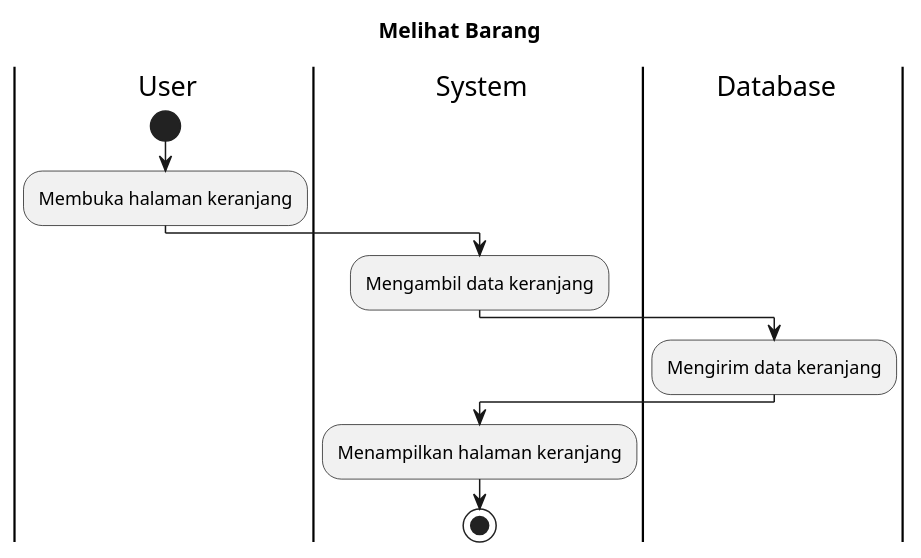
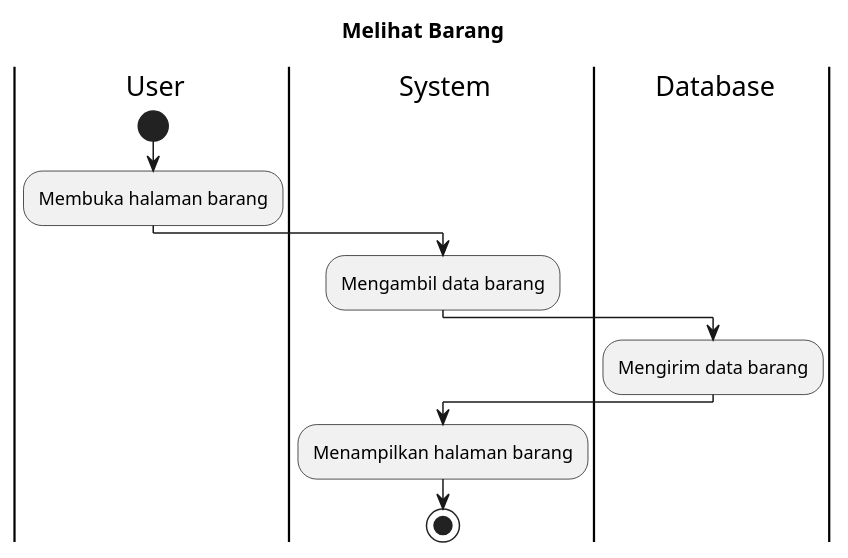
The diagram in docs/activity/02.01.melihat-barang.puml (Uskrai/pabw-6), drawn with PlantUML before and after one commit.

```diff
--- a/docs/activity/02.01.melihat-barang.puml
+++ b/docs/activity/02.01.melihat-barang.puml
@@ -1,16 +1,16 @@
 @startuml
 title Melihat Barang
 |U| User
 |S| System
 |D| Database
 |U|
 start
-:Membuka halaman keranjang;
+:Membuka halaman barang;
 |S|
-:Mengambil data keranjang;
+:Mengambil data barang;
 |D|
-:Mengirim data keranjang;
+:Mengirim data barang;
 |S|
-:Menampilkan halaman keranjang;
+:Menampilkan halaman barang;
 stop
 @enduml
```
